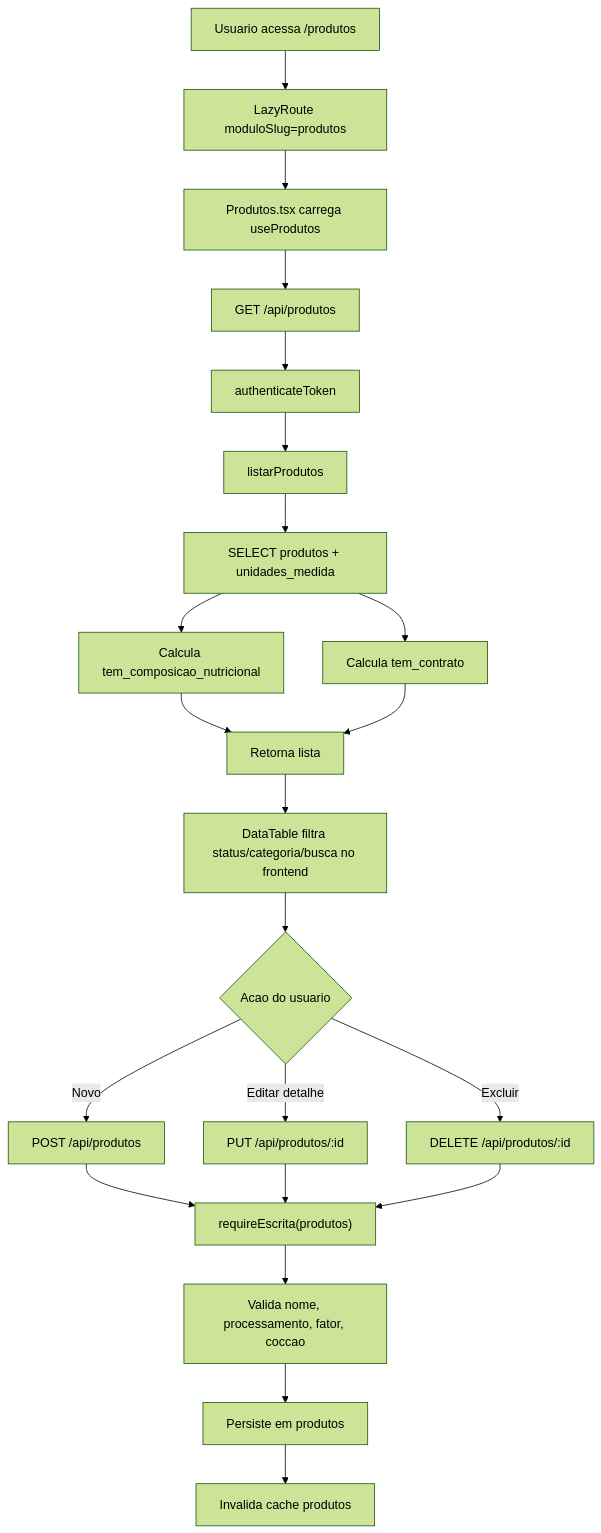
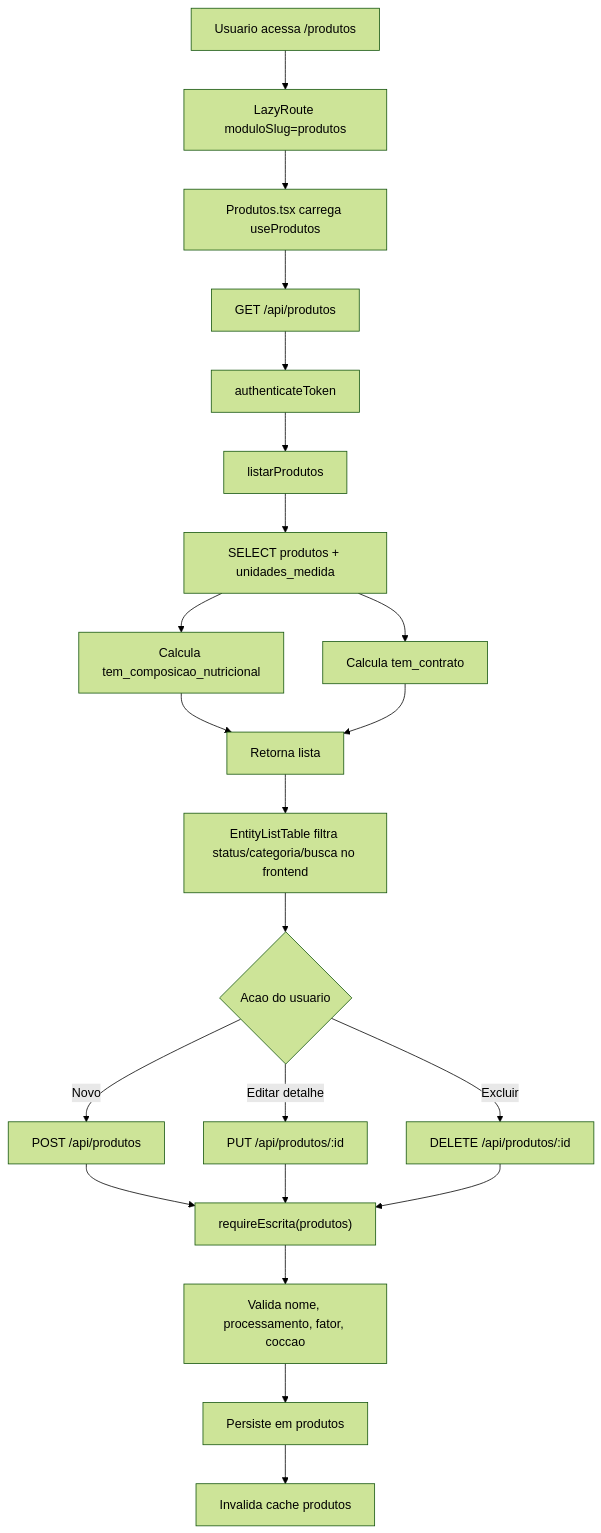
The diagram in _reversa_sdd/flowcharts/produtos.md (ewenunessn/gestaoescolar), drawn with Mermaid (forest theme) before and after one commit. The commit also changed 76 other files, not shown here.

````diff
--- a/_reversa_sdd/flowcharts/produtos.md
+++ b/_reversa_sdd/flowcharts/produtos.md
@@ -1,24 +1,24 @@
 ```mermaid
 flowchart TD
   A["Usuario acessa /produtos"] --> B["LazyRoute moduloSlug=produtos"]
   B --> C["Produtos.tsx carrega useProdutos"]
   C --> D["GET /api/produtos"]
   D --> E["authenticateToken"]
   E --> F["listarProdutos"]
   F --> G["SELECT produtos + unidades_medida"]
   G --> H["Calcula tem_composicao_nutricional"]
   G --> I["Calcula tem_contrato"]
   H --> J["Retorna lista"]
   I --> J
-  J --> K["DataTable filtra status/categoria/busca no frontend"]
+  J --> K["EntityListTable filtra status/categoria/busca no frontend"]
   K --> L{"Acao do usuario"}
   L -->|Novo| M["POST /api/produtos"]
   L -->|Editar detalhe| N["PUT /api/produtos/:id"]
   L -->|Excluir| O["DELETE /api/produtos/:id"]
   M --> P["requireEscrita(produtos)"]
   N --> P
   O --> P
   P --> Q["Valida nome, processamento, fator, coccao"]
   Q --> R["Persiste em produtos"]
   R --> S["Invalida cache produtos"]
 ```
````
